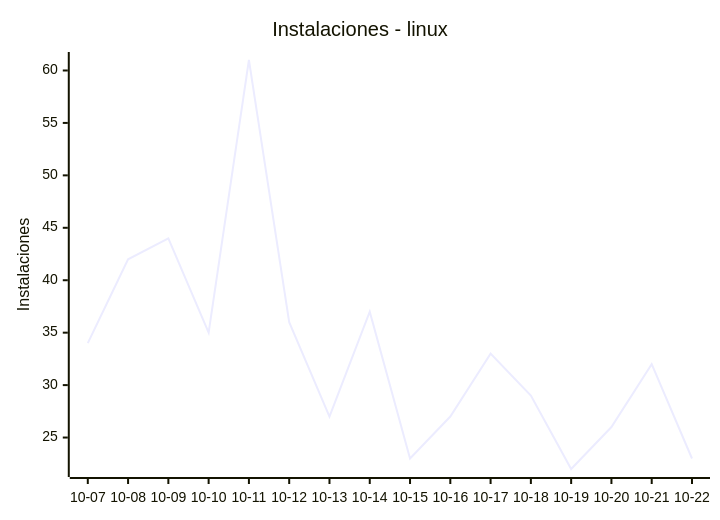
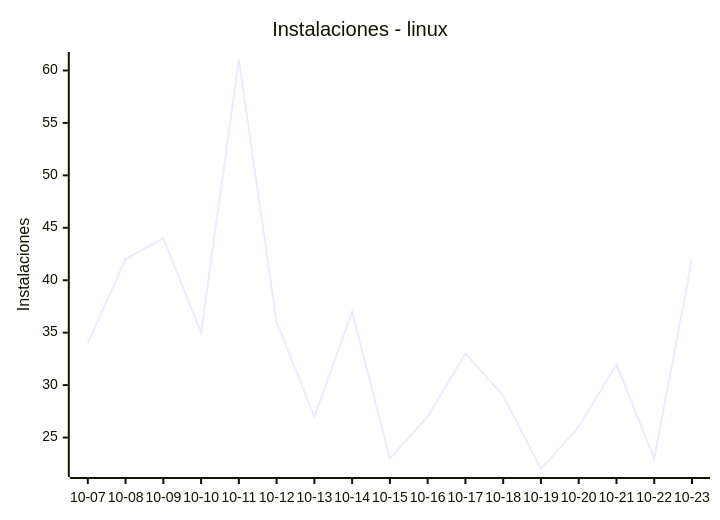
Before and after one commit to EmuDeck/stats: the fifth of 9 diagrams in README.md, drawn with Mermaid. The commit also changed other lines of this file and 2 other files, not shown here.

````diff
--- a/README.md
+++ b/README.md
@@ -60,7 +60,7 @@
 ```mermaid
 xychart-beta
     title "Instalaciones - linux"
-    x-axis ["10-07", "10-08", "10-09", "10-10", "10-11", "10-12", "10-13", "10-14", "10-15", "10-16", "10-17", "10-18", "10-19", "10-20", "10-21", "10-22"]
+    x-axis ["10-07", "10-08", "10-09", "10-10", "10-11", "10-12", "10-13", "10-14", "10-15", "10-16", "10-17", "10-18", "10-19", "10-20", "10-21", "10-22", "10-23"]
     y-axis "Instalaciones"
-    line [34, 42, 44, 35, 61, 36, 27, 37, 23, 27, 33, 29, 22, 26, 32, 23]
+    line [34, 42, 44, 35, 61, 36, 27, 37, 23, 27, 33, 29, 22, 26, 32, 23, 42]
 ```
````
